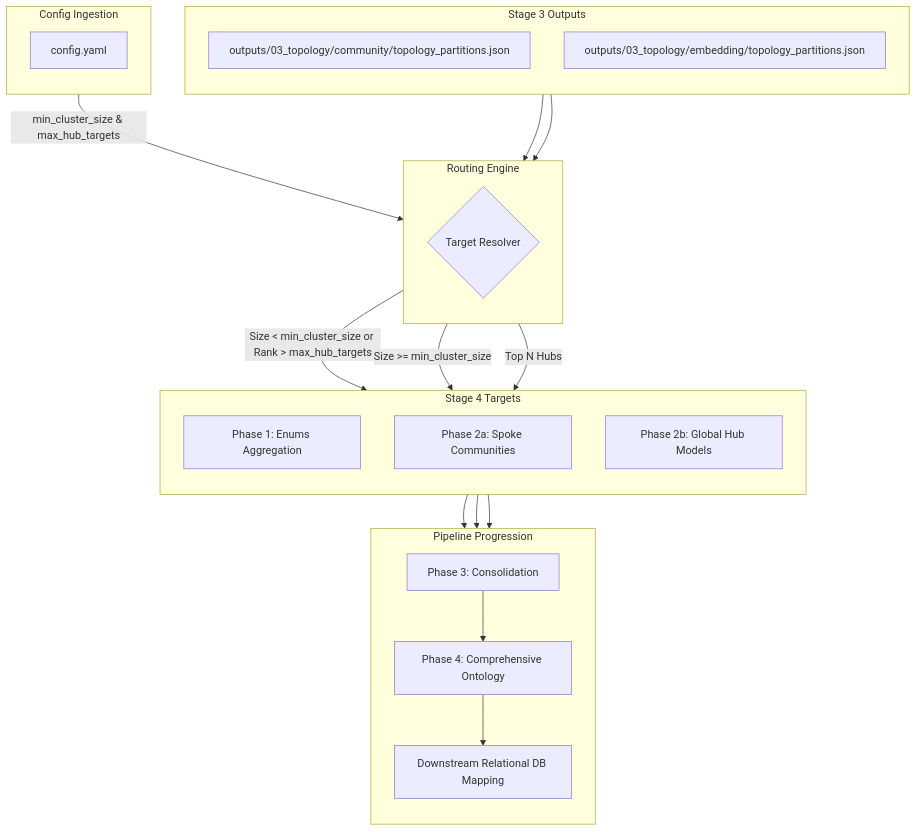
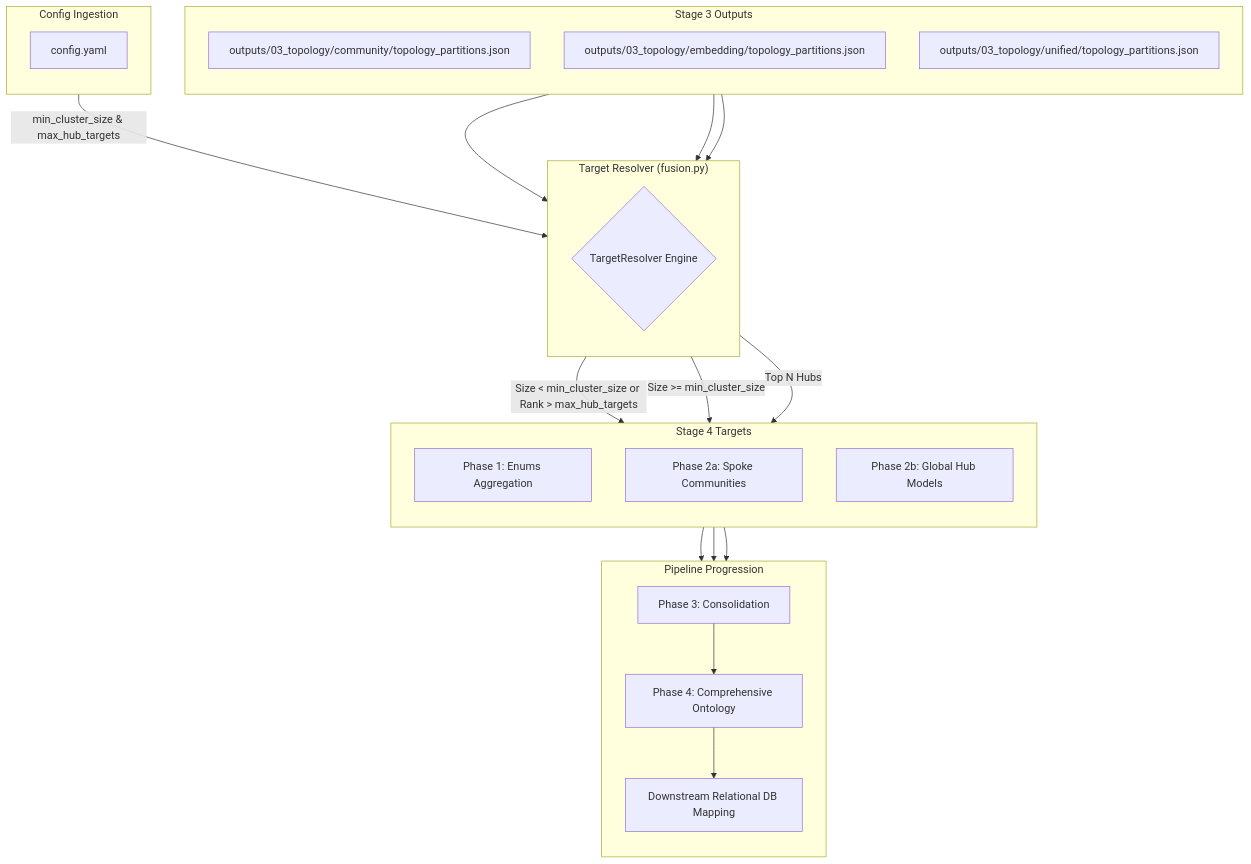
One commit to childmindresearch/SemanticPrism changed the third of 4 diagrams in README.md. Above: the diagram before and after it, drawn with Mermaid. The commit also changed other lines of this file and 4 other files, not shown here.

````diff
--- a/README.md
+++ b/README.md
@@ -127,47 +138,49 @@
 ```mermaid
 graph TD
     subgraph stage3_outputs ["Stage 3 Outputs"]
         direction TB
         S3_Comm["outputs/03_topology/community/topology_partitions.json"]
         S3_Emb["outputs/03_topology/embedding/topology_partitions.json"]
+        S3_Unif["outputs/03_topology/unified/topology_partitions.json"]
     end
 
     subgraph config_ingestion ["Config Ingestion"]
         direction TB
         Conf["config.yaml"]
     end
 
-    subgraph routing_engine ["Routing Engine"]
+    subgraph routing_engine ["Target Resolver (fusion.py)"]
         direction TB
-        TargetResolv{"Target Resolver"}
+        TargetResolv{"TargetResolver Engine"}
     end
 
     S3_Comm --> TargetResolv
     S3_Emb --> TargetResolv
+    S3_Unif --> TargetResolv
     Conf -->|"min_cluster_size & max_hub_targets"| TargetResolv
 
     subgraph stage4_targets ["Stage 4 Targets"]
         direction TB
         Phase1["Phase 1: Enums Aggregation"]
         Phase2a["Phase 2a: Spoke Communities"]
         Phase2b["Phase 2b: Global Hub Models"]
     end
 
     TargetResolv -->|"Size < min_cluster_size or Rank > max_hub_targets"| Phase1
     TargetResolv -->|"Size >= min_cluster_size"| Phase2a
     TargetResolv -->|"Top N Hubs"| Phase2b
 
     subgraph pipeline_progression ["Pipeline Progression"]
         direction TB
         PassConsol["Phase 3: Consolidation"]
         PassFinal["Phase 4: Comprehensive Ontology"]
         RDB["Downstream Relational DB Mapping"]
     end
 
     Phase1 --> PassConsol
     Phase2a --> PassConsol
     Phase2b --> PassConsol
     
     PassConsol --> PassFinal
     PassFinal --> RDB
 ```
````
